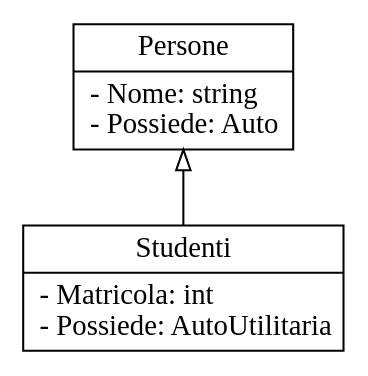
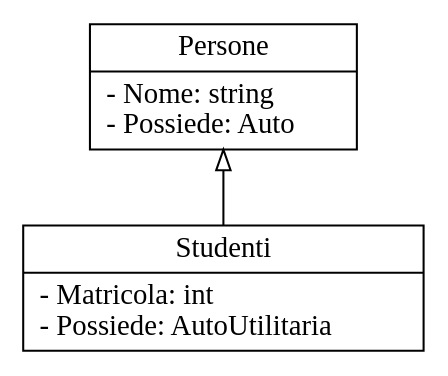
The tenth of 17 diagrams in src/ct0006-1/README.md (alek3y/cs), drawn with Graphviz before and after one commit. The commit also changed other lines of this file and 2 other files, not shown here.

````diff
--- a/src/ct0006-1/README.md
+++ b/src/ct0006-1/README.md
@@ -175,10 +175,10 @@
 ```dot process
 digraph {
 	rankdir=TB
-	node [shape=record fontname="Times"]
+	node [shape=record]
 	edge [dir=back]
 	Persone [label="{Persone | - Nome: string\l- Possiede: Auto\l}"]
 	Studenti [label="{Studenti | - Matricola: int\l- Possiede: AutoUtilitaria\l}"]
 	Persone -> Studenti [arrowtail=onormal]
 }
 ```
````
